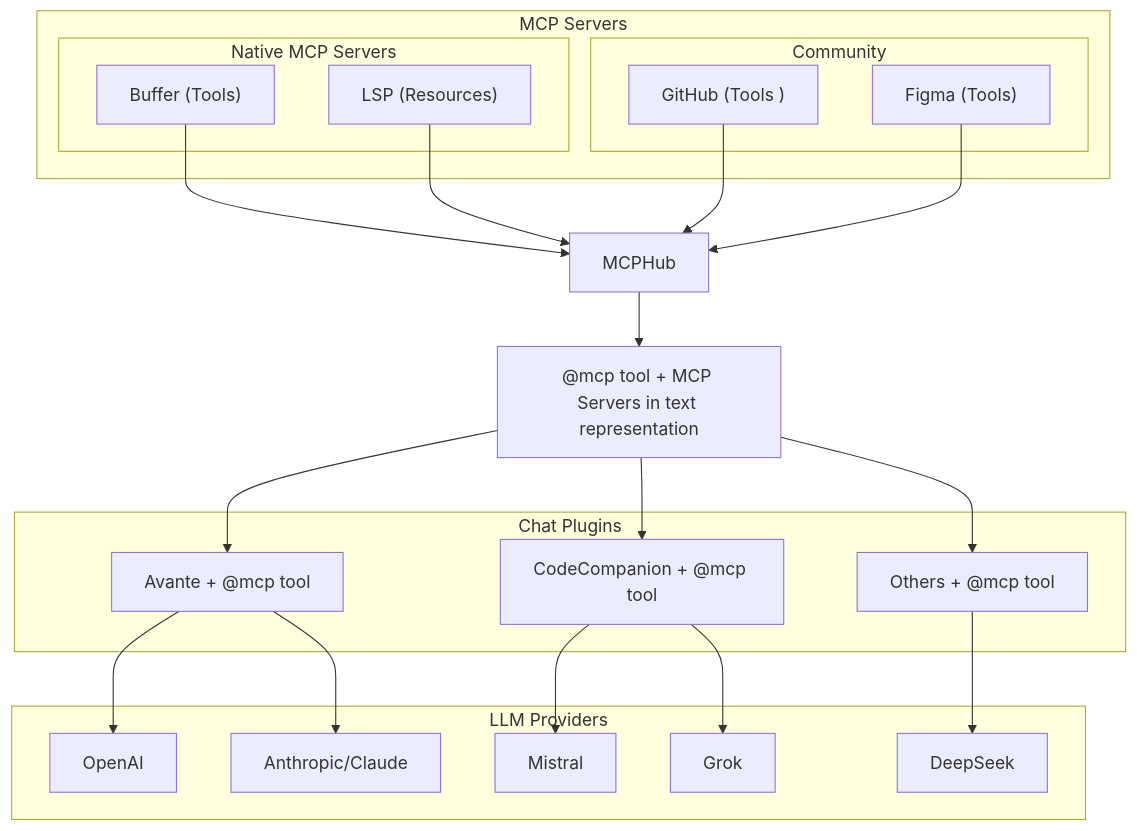
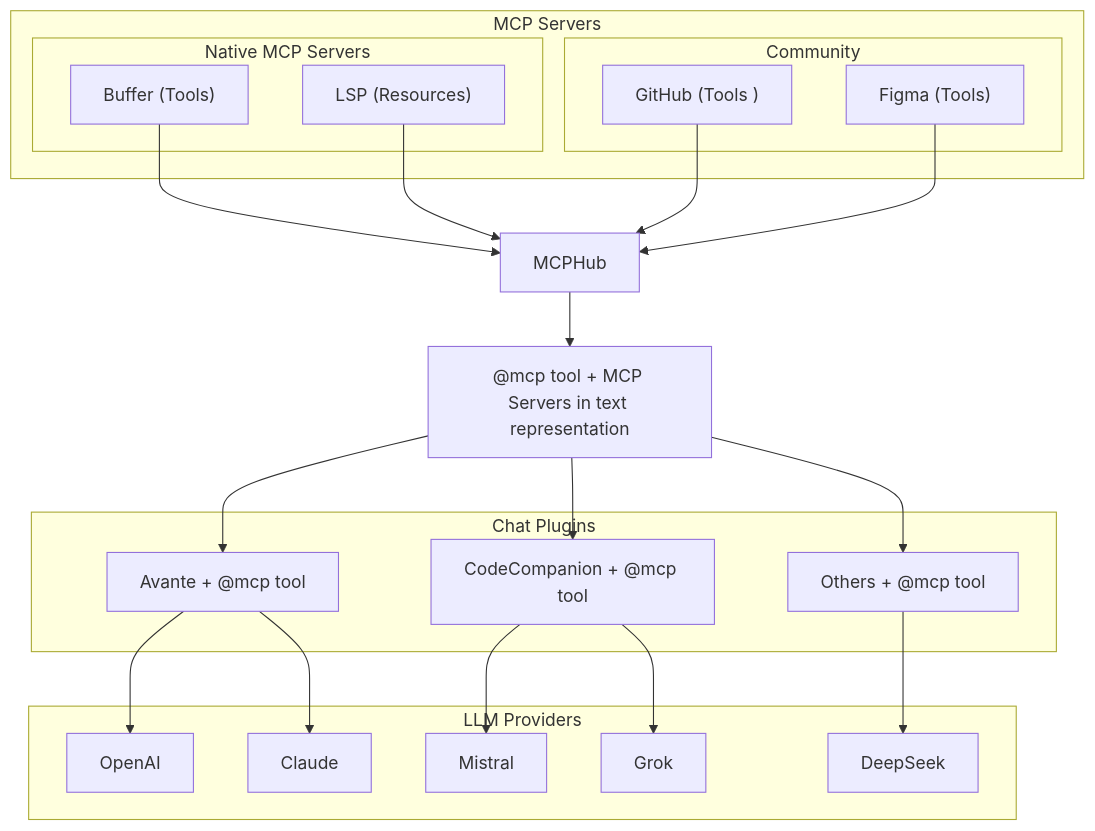
One commit to ravitemer/mcphub.nvim changed the first of 5 diagrams in README.md. Above: the diagram before and after it, drawn with Mermaid. The commit also changed other lines of this file and 1 other file, not shown here.

````diff
--- a/README.md
+++ b/README.md
@@ -10,47 +11,47 @@
 ```mermaid
 graph TD
 subgraph "MCP Servers"
 subgraph "Native MCP Servers"
 N1["Buffer (Tools)"]
 N2["LSP (Resources)"]
 end
 subgraph "Community"
 C1["GitHub (Tools )"]
 C2["Figma (Tools)"]
 end
 end
 
 H[MCPHub]
 M["@mcp tool + MCP Servers in text representation"]
 
 subgraph "Chat Plugins"
 A["Avante + @mcp tool"]
 CC["CodeCompanion + @mcp tool"]
 O[Others + @mcp tool]
 end
 
 subgraph "LLM Providers"
 OAI[OpenAI]
-AC[Anthropic/Claude]
+AC[Claude]
 M1[Mistral]
 G[Grok]
 D[DeepSeek]
 end
 
 %% MCP Servers provide capabilities
 N1 & N2 --> H
 C1 & C2 --> H
 
 %% MCPHub transforms capabilities into system prompt
 H --> M
 
 %% Tools to plugins
 M --> A
 M --> CC
 M --> O
 
 %% Plugin to LLM connections
 A --> OAI & AC
 CC --> M1 & G
 O --> D
 ```
````
